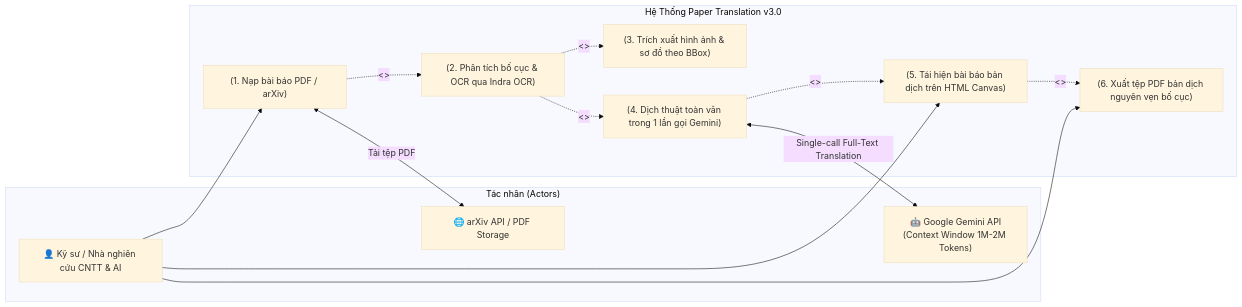
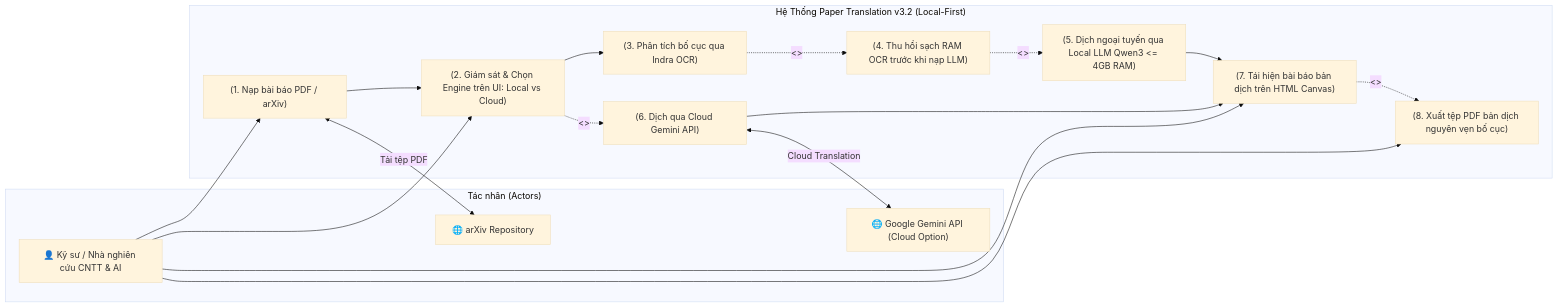
The first of 2 diagrams in docs/architecture/01-system-context.md (phamvantienkiz/paper-translation), drawn with Mermaid (base theme) before and after one commit. The commit also changed other lines of this file and 13 other files, not shown here.

Commit message:
update new document version for local LLM

````diff
--- a/docs/architecture/01-system-context.md
+++ b/docs/architecture/01-system-context.md
@@ -37,29 +41,35 @@
 ```mermaid
 flowchart LR
     subgraph Actors ["Tác nhân (Actors)"]
         User["👤 Kỹ sư / Nhà nghiên cứu CNTT & AI"]
-        GeminiAPI["🤖 Google Gemini API<br>(Context Window 1M-2M Tokens)"]
-        ArxivAPI["🌐 arXiv API / PDF Storage"]
+        GeminiAPI["🌐 Google Gemini API (Cloud Option)"]
+        ArxivAPI["🌐 arXiv Repository"]
     end
 
-    subgraph SystemBoundary ["Hệ Thống Paper Translation v3.0"]
+    subgraph SystemBoundary ["Hệ Thống Paper Translation v3.2 (Local-First)"]
         UC1["(1. Nạp bài báo PDF / arXiv)"]
-        UC2["(2. Phân tích bố cục & OCR qua Indra OCR)"]
-        UC3["(3. Trích xuất hình ảnh & sơ đồ theo BBox)"]
-        UC4["(4. Dịch thuật toàn văn trong 1 lần gọi Gemini)"]
-        UC5["(5. Tái hiện bài báo bản dịch trên HTML Canvas)"]
-        UC6["(6. Xuất tệp PDF bản dịch nguyên vẹn bố cục)"]
+        UC2["(2. Giám sát & Chọn Engine trên UI: Local vs Cloud)"]
+        UC3["(3. Phân tích bố cục qua Indra OCR)"]
+        UC4["(4. Thu hồi sạch RAM OCR trước khi nạp LLM)"]
+        UC5["(5. Dịch ngoại tuyến qua Local LLM Qwen3 <= 4GB RAM)"]
+        UC6["(6. Dịch qua Cloud Gemini API)"]
+        UC7["(7. Tái hiện bài báo bản dịch trên HTML Canvas)"]
+        UC8["(8. Xuất tệp PDF bản dịch nguyên vẹn bố cục)"]
 
-        UC1 -.->|<<include>>| UC2
-        UC2 -.->|<<include>>| UC3
-        UC2 -.->|<<include>>| UC4
-        UC4 -.->|<<include>>| UC5
-        UC5 -.->|<<extend>>| UC6
+        UC1 --> UC2
+        UC2 --> UC3
+        UC3 -.->|<<sequential mutex>>| UC4
+        UC4 -.->|<<release mem before load>>| UC5
+        UC2 -.->|<<tùy chọn>>| UC6
+        UC5 --> UC7
+        UC6 --> UC7
+        UC7 -.->|<<extend>>| UC8
     end
 
     User --> UC1
-    User --> UC5
-    User --> UC6
+    User --> UC2
+    User --> UC7
+    User --> UC8
     UC1 <-->|Tải tệp PDF| ArxivAPI
-    UC4 <-->|Single-call Full-Text Translation| GeminiAPI
+    UC6 <-->|Cloud Translation| GeminiAPI
 ```
````
